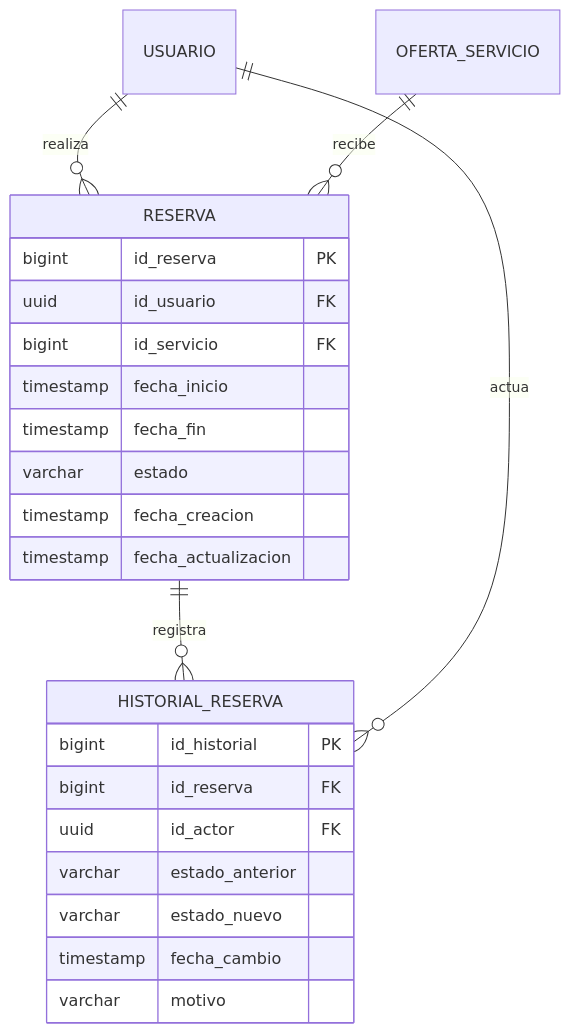
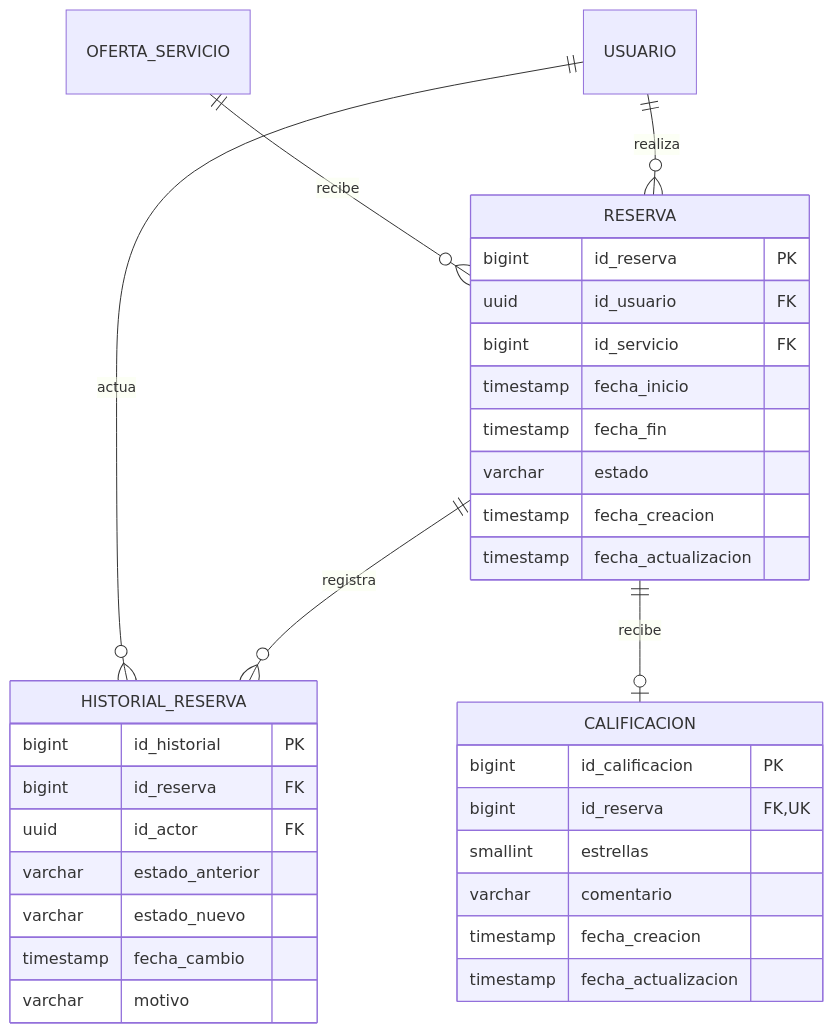
One commit to FabricaEscuela20262-EAV09/FabricaEscuela202602_EAV09 changed the fifth of 6 diagrams in README.md. Above: the diagram before and after it, drawn with Mermaid. The commit also changed other lines of this file, not shown here.

````diff
--- a/README.md
+++ b/README.md
@@ -241,28 +241,38 @@
 ```mermaid
 erDiagram
     USUARIO ||--o{ RESERVA : "realiza"
     OFERTA_SERVICIO ||--o{ RESERVA : "recibe"
     RESERVA ||--o{ HISTORIAL_RESERVA : "registra"
     USUARIO ||--o{ HISTORIAL_RESERVA : "actua"
+    RESERVA ||--o| CALIFICACION : "recibe"
+
+    CALIFICACION {
+        bigint id_calificacion PK
+        bigint id_reserva FK, UK
+        smallint estrellas
+        varchar comentario
+        timestamp fecha_creacion
+        timestamp fecha_actualizacion
+    }
 
     RESERVA {
         bigint id_reserva PK
         uuid id_usuario FK
         bigint id_servicio FK
         timestamp fecha_inicio
         timestamp fecha_fin
         varchar estado
         timestamp fecha_creacion
         timestamp fecha_actualizacion
     }
 
     HISTORIAL_RESERVA {
         bigint id_historial PK
         bigint id_reserva FK
         uuid id_actor FK
         varchar estado_anterior
         varchar estado_nuevo
         timestamp fecha_cambio
         varchar motivo
     }
 ```
````
